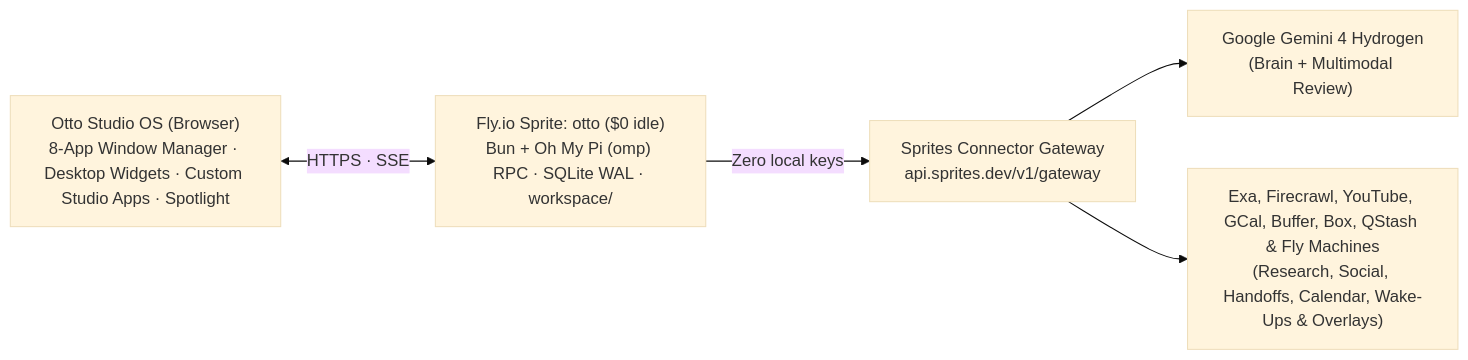
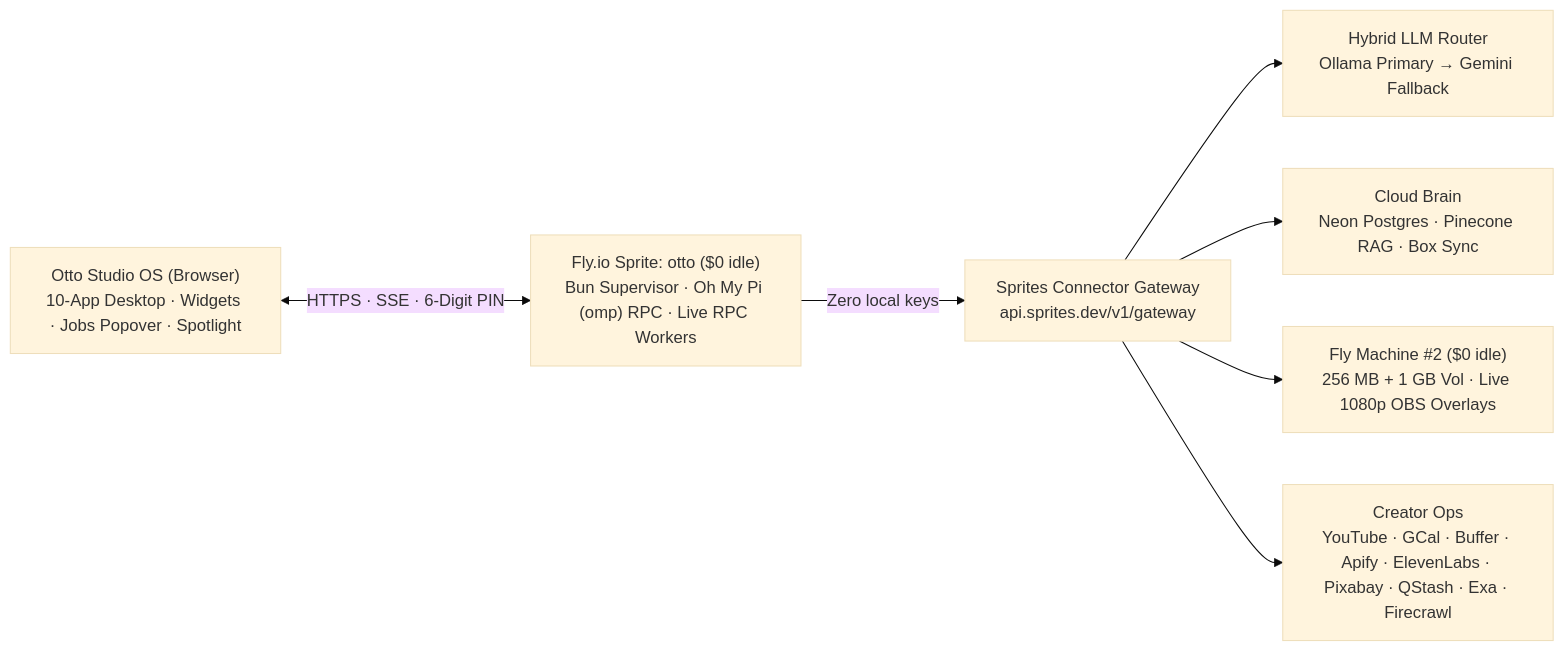
The diagram in README.md (roffidaijoubu/otto), drawn with Mermaid (base theme) before and after one commit. The commit also changed other lines of this file, not shown here.

````diff
--- a/README.md
+++ b/README.md
@@ -60,7 +40,9 @@
 ```mermaid
 flowchart LR
-    U["Otto Studio OS (Browser)<br/>8-App Window Manager · Desktop Widgets · Custom Studio Apps · Spotlight"] <-->|"HTTPS · SSE"| S["Fly.io Sprite: otto ($0 idle)<br/>Bun + Oh My Pi (omp) RPC · SQLite WAL · workspace/"]
+    U["Otto Studio OS (Browser)<br/>10-App Desktop · Widgets · Jobs Popover · Spotlight"] <-->|"HTTPS · SSE · 6-Digit PIN"| S["Fly.io Sprite: otto ($0 idle)<br/>Bun Supervisor · Oh My Pi (omp) RPC · Live RPC Workers"]
     S -->|"Zero local keys"| G["Sprites Connector Gateway<br/>api.sprites.dev/v1/gateway"]
-    G --> M["Google Gemini 4 Hydrogen<br/>(Brain + Multimodal Review)"]
-    G --> E["Exa, Firecrawl, YouTube, GCal, Buffer, Box, QStash &amp; Fly Machines<br/>(Research, Social, Handoffs, Calendar, Wake-Ups &amp; Overlays)"]
+    G --> L["Hybrid LLM Router<br/>Ollama Primary → Gemini Fallback"]
+    G --> D["Cloud Brain<br/>Neon Postgres · Pinecone RAG · Box Sync"]
+    G --> M["Fly Machine #2 ($0 idle)<br/>256 MB + 1 GB Vol · Live 1080p OBS Overlays"]
+    G --> O["Creator Ops<br/>YouTube · GCal · Buffer · Apify · ElevenLabs · Pixabay · QStash · Exa · Firecrawl"]
 ```
````
